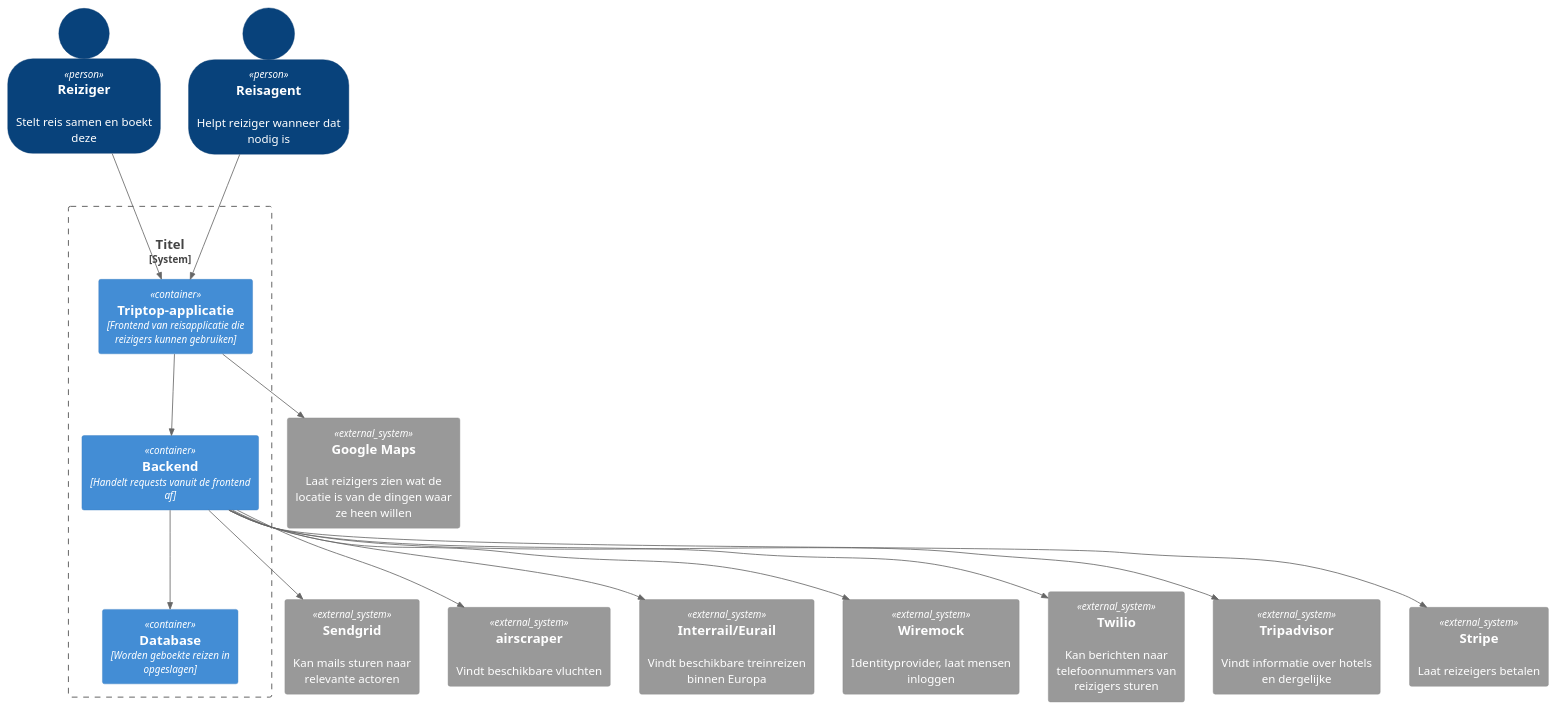
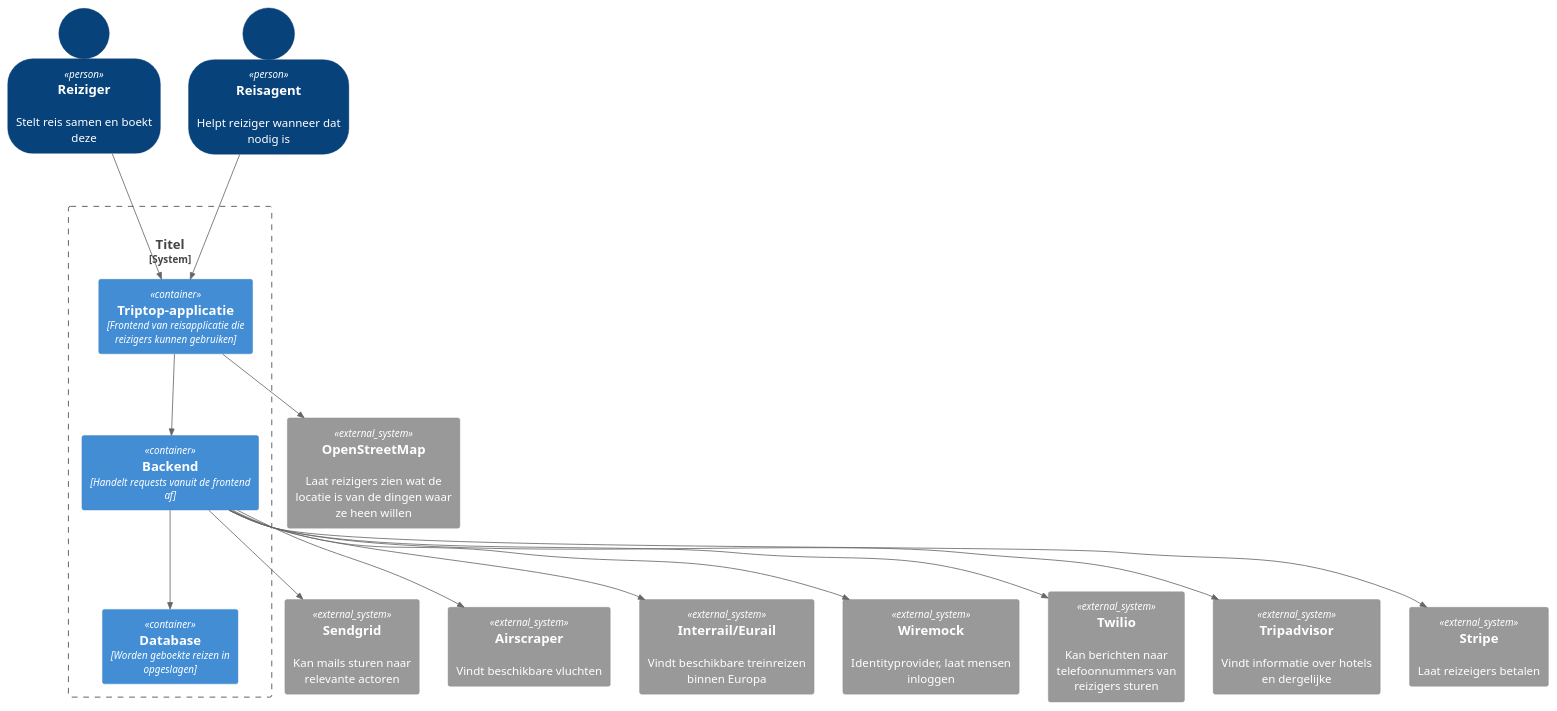
Before and after one commit to AIM-ENE-feb25/triptop-dravende-dikdiks: the diagram in opdracht-diagrammen/Diagrammen studenten/Week 1/ContainerDiagram/container_diagram.puml, drawn with PlantUML. The commit also changed 4 other files, not shown here.

```diff
--- a/opdracht-diagrammen/Diagrammen studenten/Week 1/ContainerDiagram/container_diagram.puml
+++ b/opdracht-diagrammen/Diagrammen studenten/Week 1/ContainerDiagram/container_diagram.puml
@@ -1,49 +1,51 @@
 @startuml
 
 !include https://raw.githubusercontent.com/plantuml-stdlib/C4-PlantUML/master/C4_Context.puml
 !include https://raw.githubusercontent.com/plantuml-stdlib/C4-PlantUML/master/C4_Container.puml
 !include https://raw.githubusercontent.com/plantuml-stdlib/C4-PlantUML/master/C4_Component.puml
 
 SHOW_PERSON_OUTLINE()
 
 Person("r", "Reiziger", "Stelt reis samen en boekt deze")
 Person("ra", "Reisagent", "Helpt reiziger wanneer dat nodig is")
 
 
 System_Boundary("naam", "Titel"){
     Container("be", "Backend", "Handelt requests vanuit de frontend af")
     Container("fe", "Triptop-applicatie", "Frontend van reisapplicatie die reizigers kunnen gebruiken")
     Container("db", "Database", "Worden geboekte reizen in opgeslagen")
 }
 
+
 System_Ext("sg", "Sendgrid", "Kan mails sturen naar relevante actoren")
-System_Ext("as", "airscraper", "Vindt beschikbare vluchten")
+System_Ext("as", "Airscraper", "Vindt beschikbare vluchten")
 System_Ext("eur", "Interrail/Eurail", "Vindt beschikbare treinreizen binnen Europa")
 System_Ext("wm", "Wiremock", "Identityprovider, laat mensen inloggen")
 System_Ext("tw", "Twilio", "Kan berichten naar telefoonnummers van reizigers sturen")
 System_Ext("ta", "Tripadvisor", "Vindt informatie over hotels en dergelijke")
 System_Ext("st", "Stripe", "Laat reizeigers betalen")
-System_Ext("gm", "Google Maps", "Laat reizigers zien wat de locatie is van de dingen waar ze heen willen")
+System_Ext("osm", "OpenStreetMap", "Laat reizigers zien wat de locatie is van de dingen waar ze heen willen")
 
 
 Rel("r", "fe", " ")
 Rel("ra", "fe", " ")
 Rel("fe", "be", " ")
 Rel("be", "db", " ")
+
+Rel("fe", "osm", " ")
 
 Rel("be", "sg", " ")
 Rel("be", "as", " ")
 Rel("be", "eur", " ")
 Rel("be", "wm", " ")
 Rel("be", "tw", " ")
 Rel("be", "ta", " ")
 Rel("be", "st", " ")
-Rel("fe", "gm", " ")
 
 
 'todo: labels bij de pijltjes bedenken
 
 
 
 
 @enduml
```
